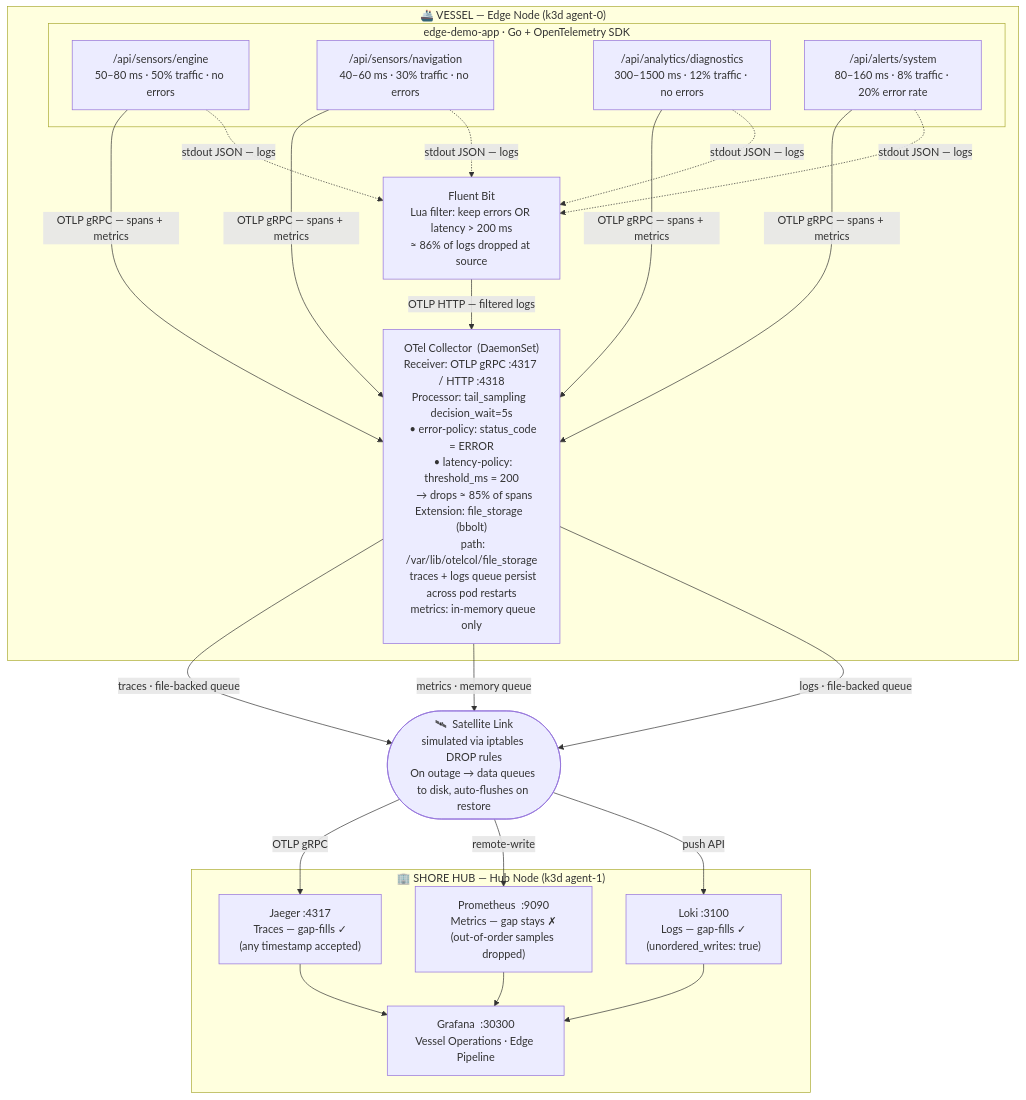
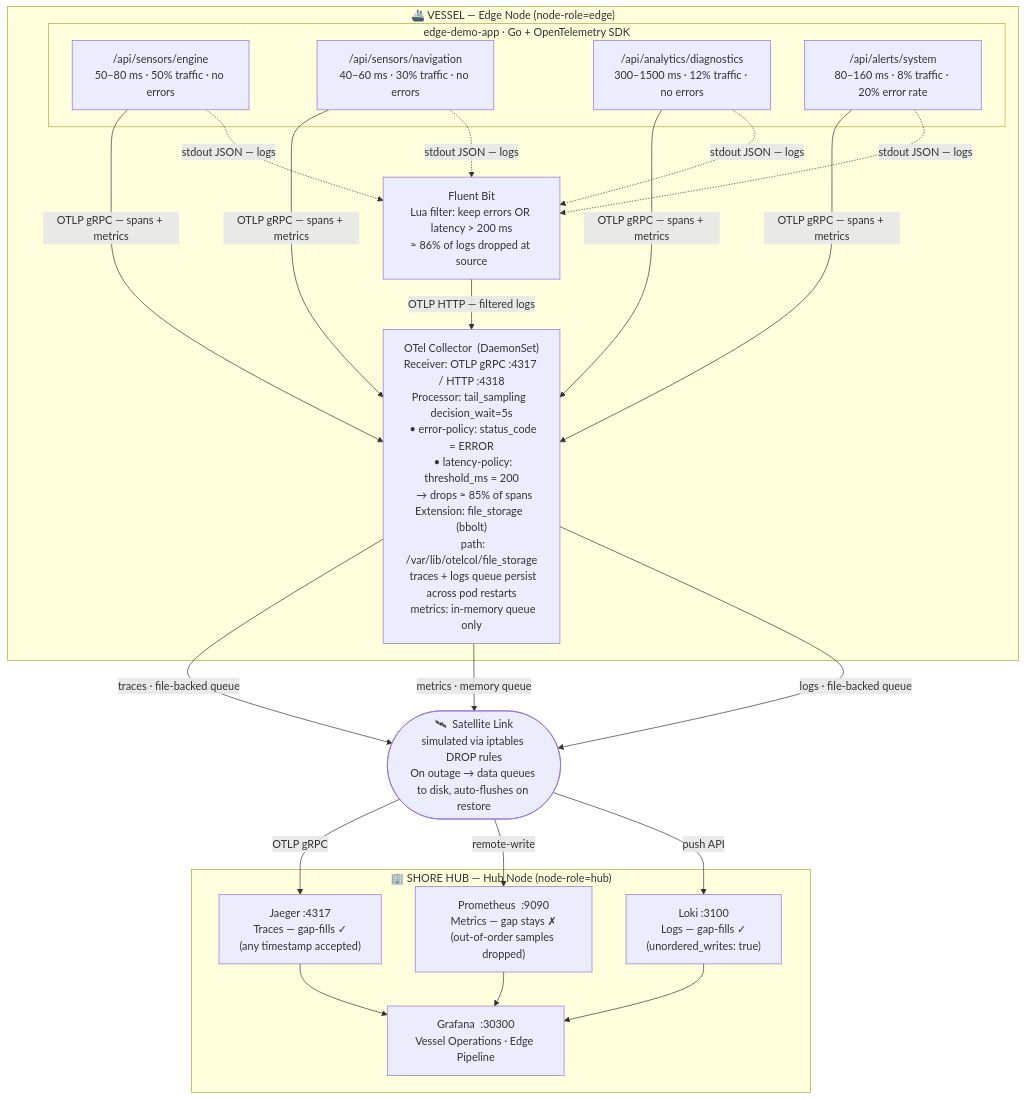
One commit to graz-dev/observability-on-edge changed the diagram in README.md. Above: the diagram before and after it, drawn with Mermaid. The commit also changed other lines of this file and 21 other files, not shown here.

````diff
--- a/README.md
+++ b/README.md
@@ -43,37 +43,37 @@
 ```mermaid
 flowchart TB
-    subgraph EDGE["🚢  VESSEL — Edge Node  (k3d agent-0)"]
+    subgraph EDGE["🚢  VESSEL — Edge Node  (node-role=edge)"]
         subgraph APP["edge-demo-app  ·  Go + OpenTelemetry SDK"]
             E1["/api/sensors/engine\n50–80 ms · 50% traffic · no errors"]
             E2["/api/sensors/navigation\n40–60 ms · 30% traffic · no errors"]
             E3["/api/analytics/diagnostics\n300–1500 ms · 12% traffic · no errors"]
             E4["/api/alerts/system\n80–160 ms · 8% traffic · 20% error rate"]
         end
 
         FB["Fluent Bit\nLua filter: keep errors OR latency > 200 ms\n≈ 86% of logs dropped at source"]
 
         COL["OTel Collector  (DaemonSet)\nReceiver: OTLP gRPC :4317 / HTTP :4318\nProcessor: tail_sampling  decision_wait=5s\n  • error-policy: status_code = ERROR\n  • latency-policy: threshold_ms = 200\n  → drops ≈ 85% of spans\nExtension: file_storage  (bbolt)\n  path: /var/lib/otelcol/file_storage\n  traces + logs queue persist across pod restarts\n  metrics: in-memory queue only"]
     end
 
     SAT(["🛰  Satellite Link\nsimulated via iptables DROP rules\nOn outage → data queues to disk, auto-flushes on restore"])
 
-    subgraph HUB["🏢  SHORE HUB — Hub Node  (k3d agent-1)"]
+    subgraph HUB["🏢  SHORE HUB — Hub Node  (node-role=hub)"]
         J["Jaeger  :4317\nTraces — gap-fills ✓\n(any timestamp accepted)"]
         P["Prometheus  :9090\nMetrics — gap stays ✗\n(out-of-order samples dropped)"]
         L["Loki  :3100\nLogs — gap-fills ✓\n(unordered_writes: true)"]
         G["Grafana  :30300\nVessel Operations · Edge Pipeline"]
     end
 
     E1 & E2 & E3 & E4 -->|"OTLP gRPC — spans + metrics"| COL
     E1 & E2 & E3 & E4 -.->|"stdout JSON — logs"| FB
     FB -->|"OTLP HTTP — filtered logs"| COL
 
     COL -->|"traces · file-backed queue"| SAT
     COL -->|"metrics · memory queue"| SAT
     COL -->|"logs · file-backed queue"| SAT
 
     SAT -->|"OTLP gRPC"| J
     SAT -->|"remote-write"| P
     SAT -->|"push API"| L
     J & P & L --> G
 ```
````
